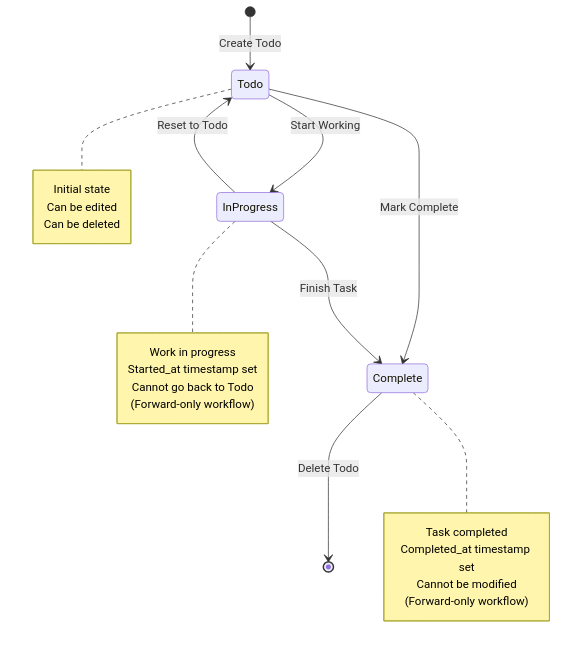
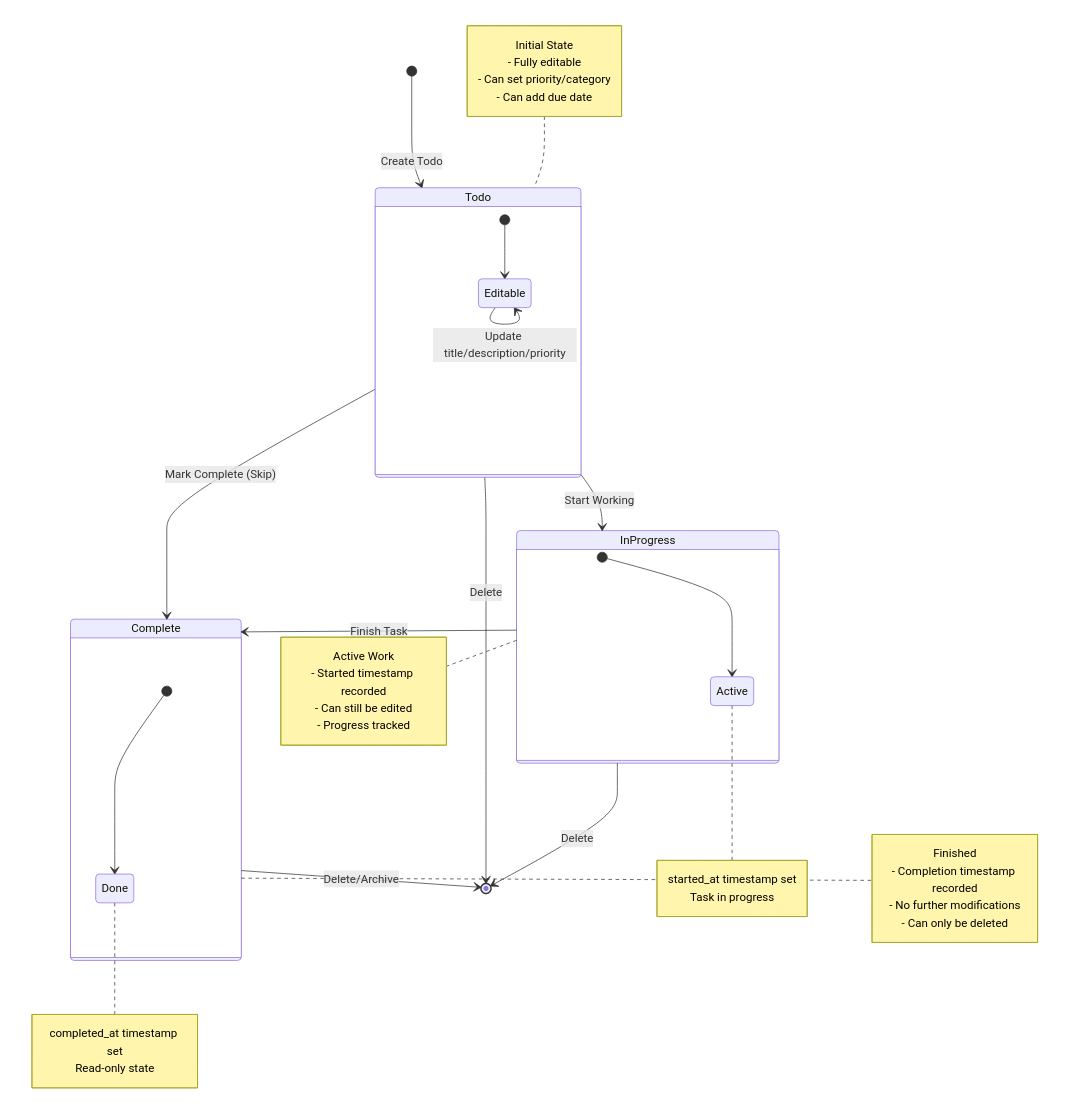
One commit to bilalr-dev/todo_app_AWS changed the fifth of 6 diagrams in README.md. Above: the diagram before and after it, drawn with Mermaid. The commit also changed other lines of this file, not shown here.

````diff
--- a/README.md
+++ b/README.md
@@ -328,32 +324,55 @@
 ```mermaid
 stateDiagram-v2
     [*] --> Todo: Create Todo
     
     Todo --> InProgress: Start Working
-    Todo --> Complete: Mark Complete
+    Todo --> Complete: Mark Complete (Skip)
+    Todo --> [*]: Delete
     
     InProgress --> Complete: Finish Task
-    InProgress --> Todo: Reset to Todo
+    InProgress --> [*]: Delete
     
-    Complete --> [*]: Delete Todo
+    Complete --> [*]: Delete/Archive
     
-    note right of Todo
-        Initial state
-        Can be edited
-        Can be deleted
+    state Todo {
+        [*] --> Editable
+        Editable --> Editable: Update title/description/priority
+    }
+    
+    state InProgress {
+        [*] --> Active
+        note right of Active
+            started_at timestamp set
+            Task in progress
+        end note
+    }
+    
+    state Complete {
+        [*] --> Done
+        note right of Done
+            completed_at timestamp set
+            Read-only state
+        end note
+    }
+    
+    note left of Todo
+        Initial State
+        - Fully editable
+        - Can set priority/category
+        - Can add due date
     end note
     
     note right of InProgress
-        Work in progress
-        Started_at timestamp set
-        Cannot go back to Todo
-        (Forward-only workflow)
+        Active Work
+        - Started timestamp recorded
+        - Can still be edited
+        - Progress tracked
     end note
     
     note right of Complete
-        Task completed
-        Completed_at timestamp set
-        Cannot be modified
-        (Forward-only workflow)
+        Finished
+        - Completion timestamp recorded
+        - No further modifications
+        - Can only be deleted
     end note
 ```
````
